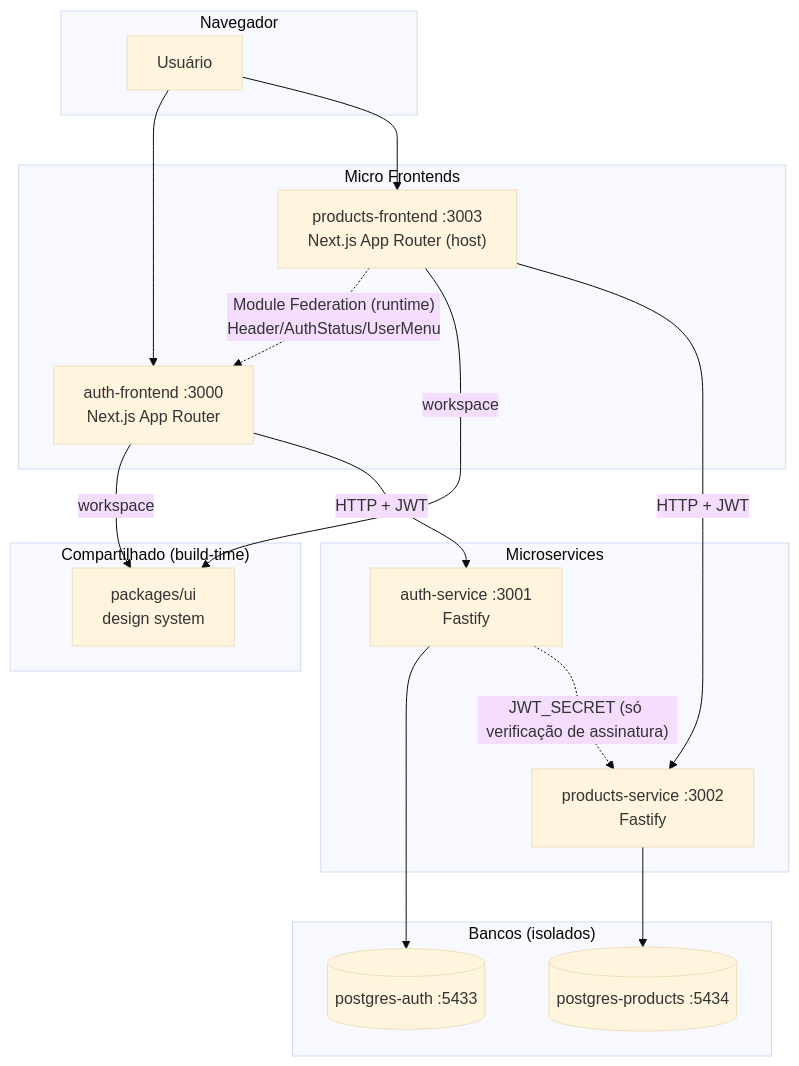
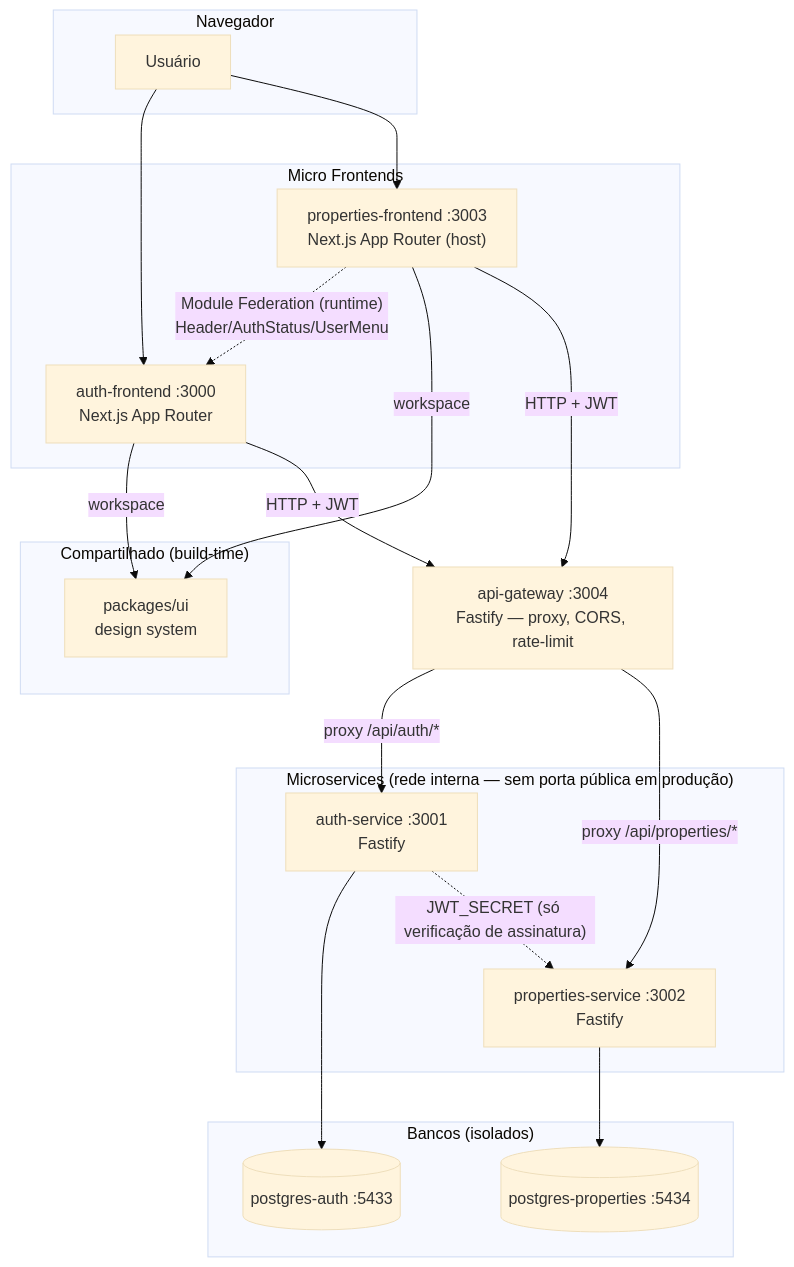
The first of 4 diagrams in docs/ARCHITECTURE.md (LucasLevingston/ImobCore), drawn with Mermaid (base theme) before and after one commit. The commit also changed other lines of this file and 12 other files, not shown here.

First line of the commit message:
refactor: pivot domain from generic products to real-estate properties

````diff
--- a/docs/ARCHITECTURE.md
+++ b/docs/ARCHITECTURE.md
@@ -70,36 +78,40 @@
 ```mermaid
 graph TB
     subgraph Client["Navegador"]
         U["Usuário"]
     end
 
     subgraph Frontends["Micro Frontends"]
         AF["auth-frontend :3000<br/>Next.js App Router"]
-        PF["products-frontend :3003<br/>Next.js App Router (host)"]
+        PF["properties-frontend :3003<br/>Next.js App Router (host)"]
     end
 
     subgraph Shared["Compartilhado (build-time)"]
         UI["packages/ui<br/>design system"]
     end
 
-    subgraph Services["Microservices"]
+    GW["api-gateway :3004<br/>Fastify — proxy, CORS, rate-limit"]
+
+    subgraph Services["Microservices (rede interna — sem porta pública em produção)"]
         AS["auth-service :3001<br/>Fastify"]
-        PS["products-service :3002<br/>Fastify"]
+        PS["properties-service :3002<br/>Fastify"]
     end
 
     subgraph DB["Bancos (isolados)"]
         DBA[("postgres-auth :5433")]
-        DBP[("postgres-products :5434")]
+        DBP[("postgres-properties :5434")]
     end
 
     U --> AF
     U --> PF
     PF -. "Module Federation (runtime)<br/>Header/AuthStatus/UserMenu" .-> AF
     AF -- workspace --> UI
     PF -- workspace --> UI
-    AF -- "HTTP + JWT" --> AS
-    PF -- "HTTP + JWT" --> PS
+    AF -- "HTTP + JWT" --> GW
+    PF -- "HTTP + JWT" --> GW
+    GW -- "proxy /api/auth/*" --> AS
+    GW -- "proxy /api/properties/*" --> PS
     AS --> DBA
     PS --> DBP
     AS -. "JWT_SECRET (só verificação de assinatura)" .-> PS
 ```
````
